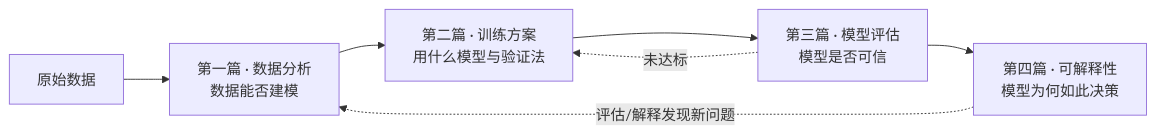
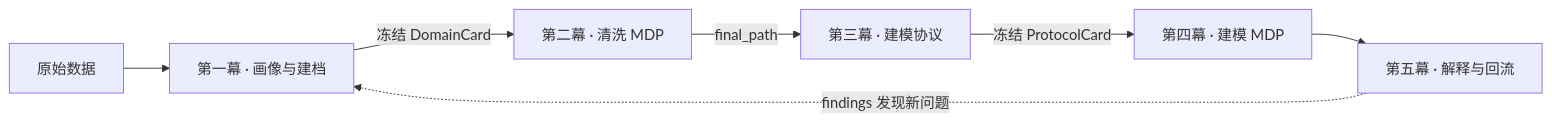
One commit to ifoodsci-ai/mflowy changed the diagram in docs/research-flow.md. Above: the diagram before and after it, drawn with Mermaid. The commit also changed other lines of this file and 22 other files, not shown here.

First line of the commit message:
docs(mcp): 教学文档与示例全量对齐——research-flow/roadmap 更新、三篇旧文档退役、示例新词表快照

````diff
--- a/docs/research-flow.md
+++ b/docs/research-flow.md
@@ -7,9 +15,9 @@
 ```mermaid
 flowchart LR
-    D["原始数据"] --> P1["第一篇 · 数据分析<br/>数据能否建模"]
-    P1 --> P2["第二篇 · 训练方案<br/>用什么模型与验证法"]
-    P2 --> P3["第三篇 · 模型评估<br/>模型是否可信"]
-    P3 --> P4["第四篇 · 可解释性<br/>模型为何如此决策"]
-    P4 -.评估/解释发现新问题.-> P1
-    P3 -.未达标.-> P2
+    D["原始数据"] --> S["第一幕 · 画像与建档"]
+    S -->|冻结 DomainCard| C["第二幕 · 清洗 MDP"]
+    C -->|final_path| B["第三幕 · 建模协议"]
+    B -->|冻结 ProtocolCard| M["第四幕 · 建模 MDP"]
+    M --> E["第五幕 · 解释与回流"]
+    E -.findings 发现新问题.-> S
 ```
````
